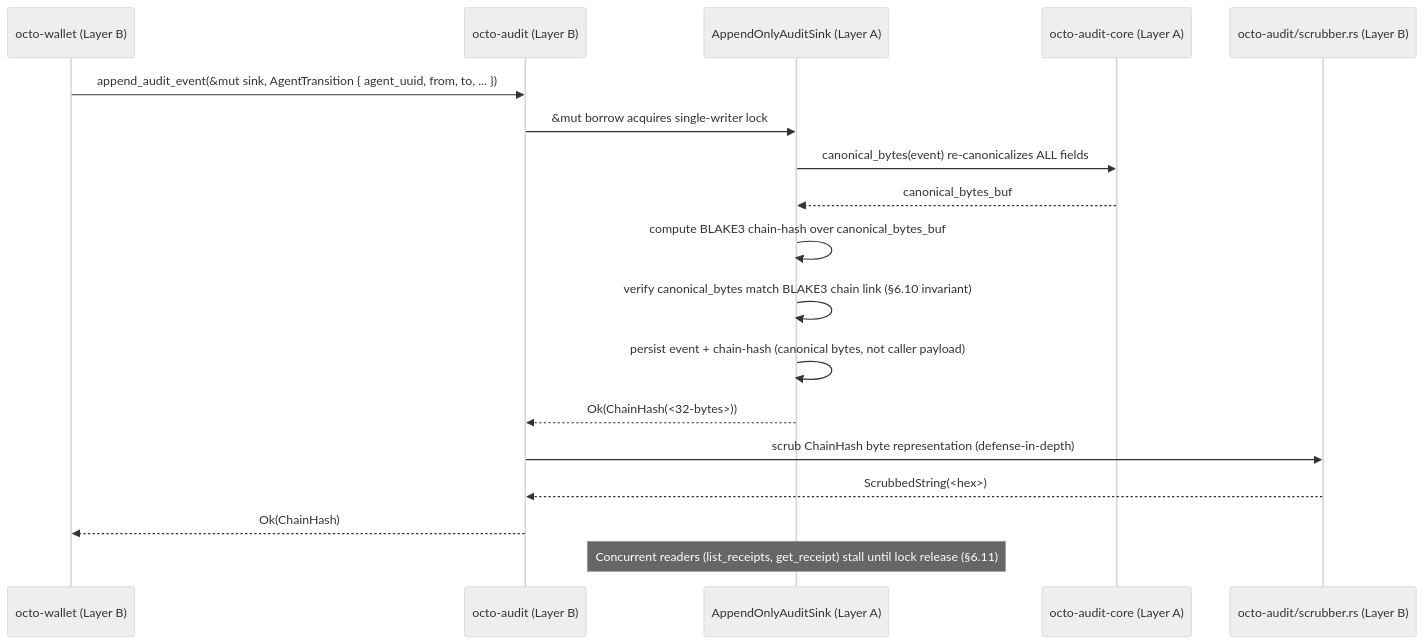
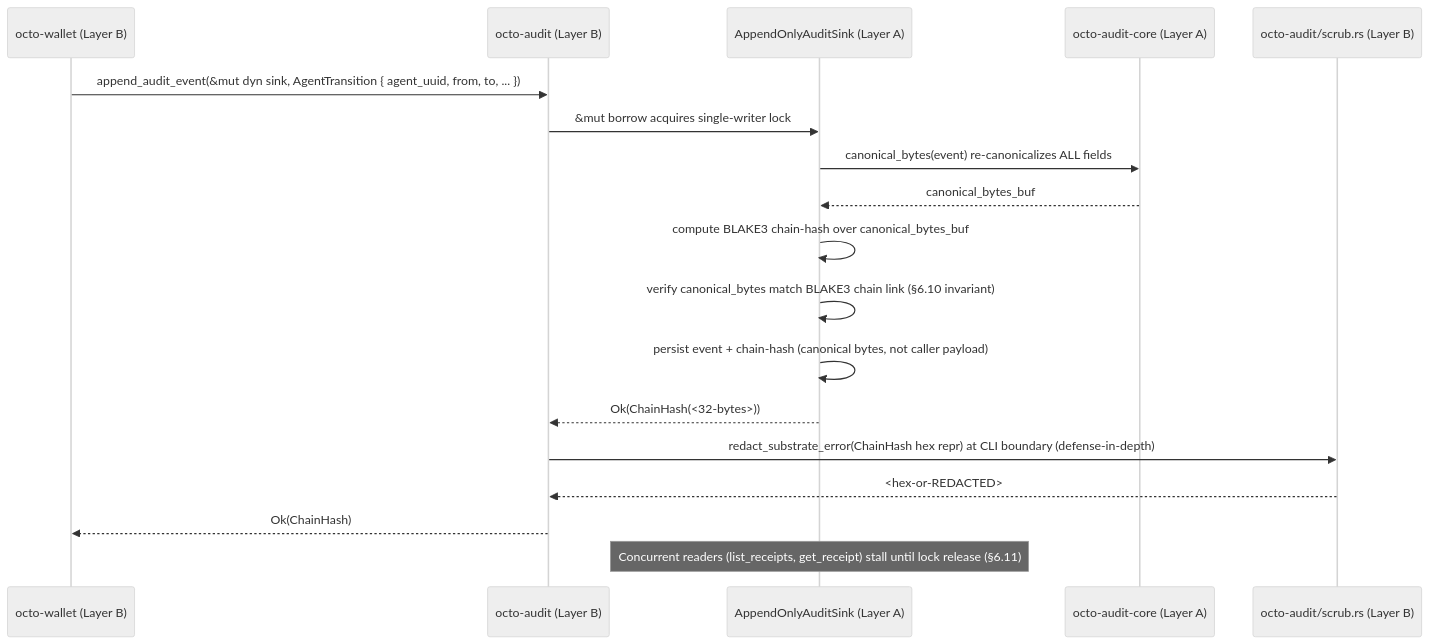
The diagram in rfcs/draft/process/0016-a-audit-receipt-write-path.md (CipherOcto/cipherocto), drawn with Mermaid (neutral theme) before and after one commit. The commit also changed other lines of this file, not shown here.

First line of the commit message:
amend(rfcs/0016-a): v1.2 Substrate-Sweep

````diff
--- a/rfcs/draft/process/0016-a-audit-receipt-write-path.md
+++ b/rfcs/draft/process/0016-a-audit-receipt-write-path.md
@@ -559,21 +606,21 @@
 ```mermaid
 sequenceDiagram
     participant Wallet as octo-wallet (Layer B)
     participant Aud as octo-audit (Layer B)
     participant Sink as AppendOnlyAuditSink (Layer A)
     participant Core as octo-audit-core (Layer A)
-    participant Scrub as octo-audit/scrubber.rs (Layer B)
+    participant Scrub as octo-audit/scrub.rs (Layer B)
 
-    Wallet->>Aud: append_audit_event(&mut sink, AgentTransition { agent_uuid, from, to, ... })
+    Wallet->>Aud: append_audit_event(&mut dyn sink, AgentTransition { agent_uuid, from, to, ... })
     Aud->>Sink: &mut borrow acquires single-writer lock
     Sink->>Core: canonical_bytes(event) re-canonicalizes ALL fields
     Core-->>Sink: canonical_bytes_buf
     Sink->>Sink: compute BLAKE3 chain-hash over canonical_bytes_buf
     Sink->>Sink: verify canonical_bytes match BLAKE3 chain link (§6.10 invariant)
     Sink->>Sink: persist event + chain-hash (canonical bytes, not caller payload)
     Sink-->>Aud: Ok(ChainHash(<32-bytes>))
-    Aud->>Scrub: scrub ChainHash byte representation (defense-in-depth)
-    Scrub-->>Aud: ScrubbedString(<hex>)
+    Aud->>Scrub: redact_substrate_error(ChainHash hex repr) at CLI boundary (defense-in-depth)
+    Scrub-->>Aud: <hex-or-REDACTED>
     Aud-->>Wallet: Ok(ChainHash)
     Note over Sink: Concurrent readers (list_receipts, get_receipt) stall until lock release (§6.11)
 ```
````
